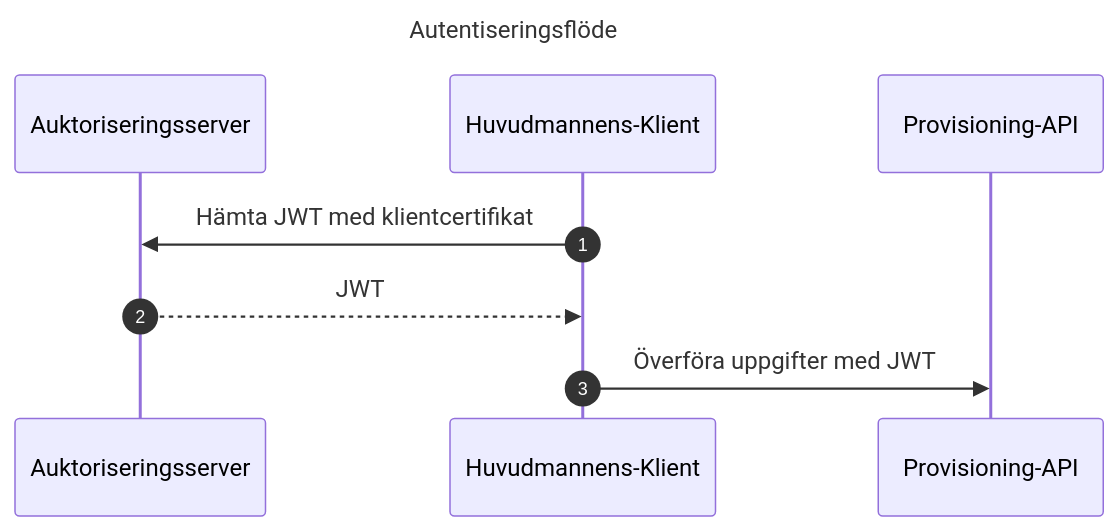
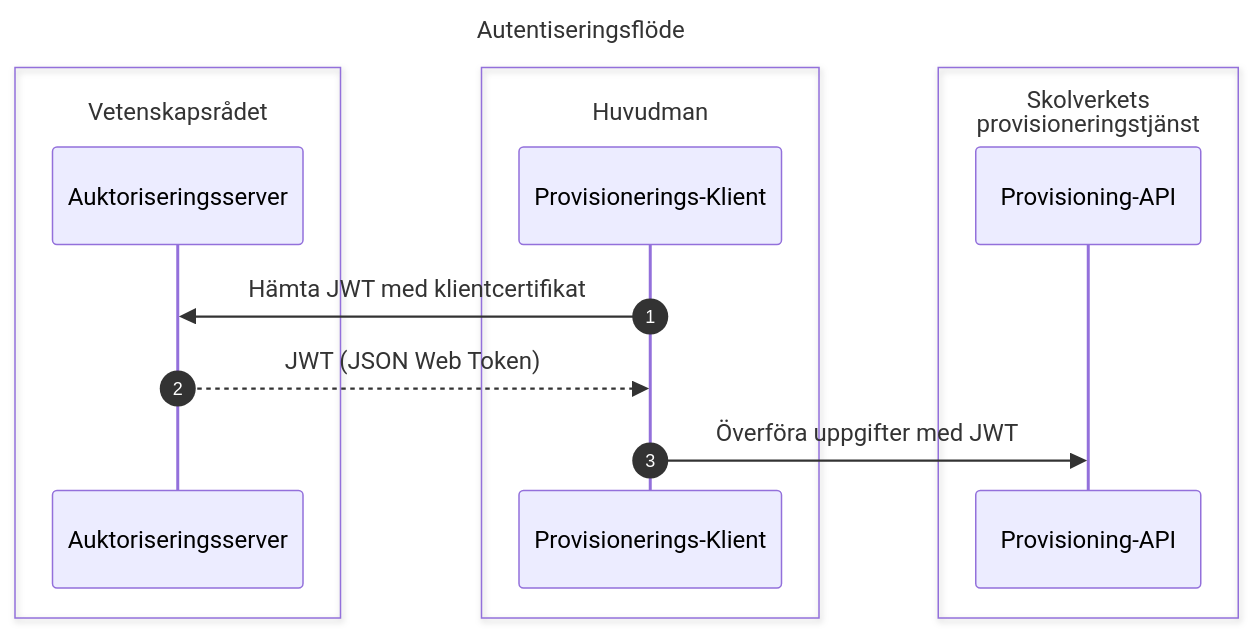
The first of 2 diagrams in provisioning-api/README.md (skolverket/dnp-usermanagement), drawn with Mermaid before and after one commit. The commit also changed other lines of this file, not shown here.

Commit message:
Updated sec diagram for provisioning-api

``````diff
--- a/provisioning-api/README.md
+++ b/provisioning-api/README.md
@@ -12,11 +12,17 @@
 `````mermaid
 sequenceDiagram
     title   Autentiseringsflöde
     autonumber
-    participant Auktoriseringsserver
-    participant Huvudmannens-Klient
-    participant Provisioning-API
-    Huvudmannens-Klient->>Auktoriseringsserver: Hämta JWT med klientcertifikat
-    Auktoriseringsserver-->>Huvudmannens-Klient: JWT
-    Huvudmannens-Klient->>Provisioning-API: Överföra uppgifter med JWT
+    box Vetenskapsrådet
+    participant AS as Auktoriseringsserver
+    end
+    box Huvudman      
+    participant Klient as Provisionerings-Klient
+    end
+    box Skolverkets<br>provisioneringstjänst
+    participant API as Provisioning-API
+    end
+    Klient->>AS: Hämta JWT med klientcertifikat
+    AS-->>Klient: JWT (JSON Web Token)
+    Klient->>API: Överföra uppgifter med JWT
 `````
``````
